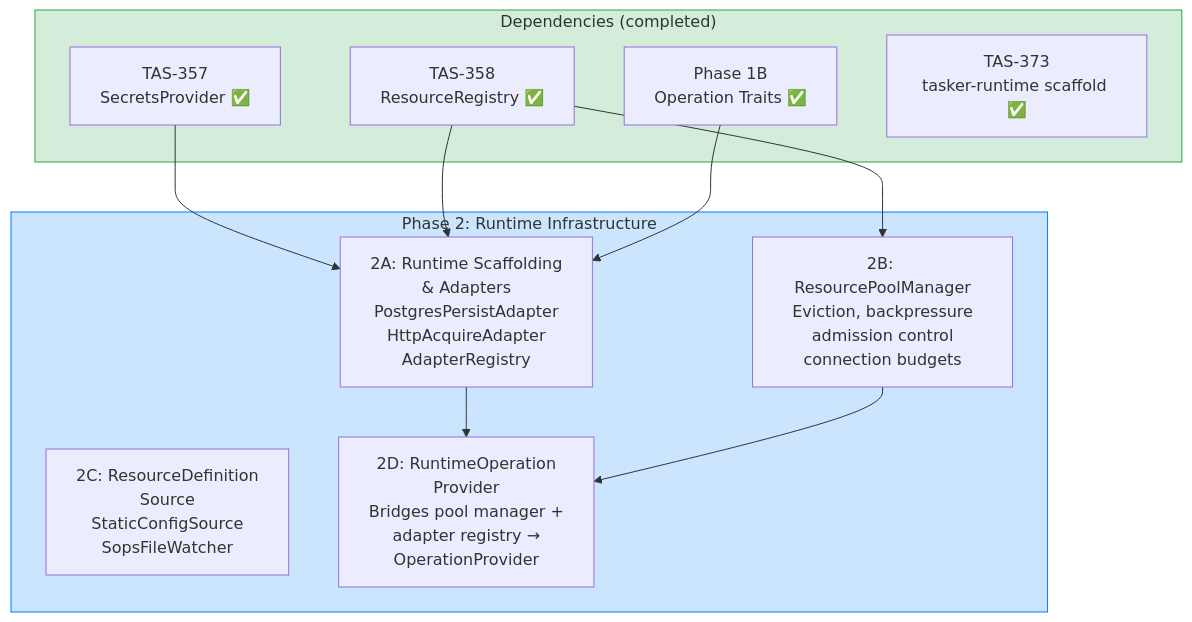
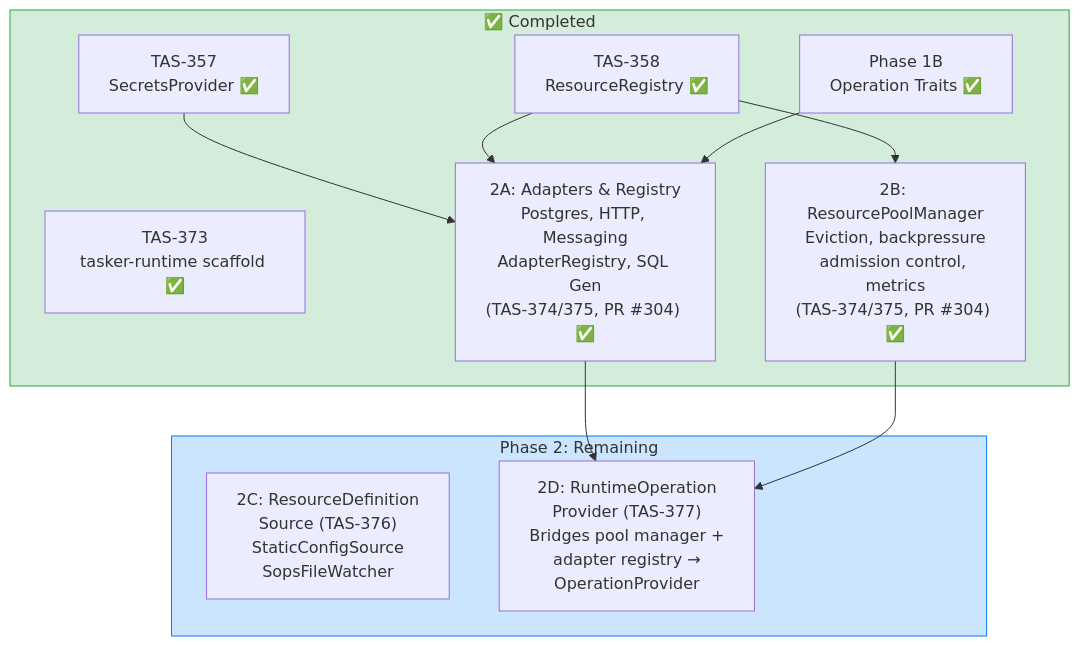
The third of 5 diagrams in docs/composition-architecture/roadmap.md (tasker-systems/tasker-core), drawn with Mermaid before and after one commit. The commit also changed other lines of this file and 2 other files, not shown here.

First line of the commit message:
docs: reconcile composition architecture roadmap for Phase 1 completion and TAS-374/375

````diff
--- a/docs/composition-architecture/roadmap.md
+++ b/docs/composition-architecture/roadmap.md
@@ -250,27 +238,27 @@
 ```mermaid
 flowchart TD
-    subgraph deps["Dependencies (completed)"]
+    subgraph done_2["✅ Completed"]
         S1["TAS-357\nSecretsProvider ✅"]
         S2["TAS-358\nResourceRegistry ✅"]
         P1B["Phase 1B\nOperation Traits ✅"]
         SCF["TAS-373\ntasker-runtime scaffold ✅"]
+        A2["2A: Adapters & Registry\nPostgres, HTTP, Messaging\nAdapterRegistry, SQL Gen\n(TAS-374/375, PR #304) ✅"]
+        B2["2B: ResourcePoolManager\nEviction, backpressure\nadmission control, metrics\n(TAS-374/375, PR #304) ✅"]
     end
 
-    subgraph phase2["Phase 2: Runtime Infrastructure"]
-        A2["2A: Runtime Scaffolding\n& Adapters\nPostgresPersistAdapter\nHttpAcquireAdapter\nAdapterRegistry"]
-        B2["2B: ResourcePoolManager\nEviction, backpressure\nadmission control\nconnection budgets"]
-        C2["2C: ResourceDefinition\nSource\nStaticConfigSource\nSopsFileWatcher"]
-        D2["2D: RuntimeOperation\nProvider\nBridges pool manager +\nadapter registry →\nOperationProvider"]
+    subgraph phase2["Phase 2: Remaining"]
+        C2["2C: ResourceDefinition\nSource (TAS-376)\nStaticConfigSource\nSopsFileWatcher"]
+        D2["2D: RuntimeOperation\nProvider (TAS-377)\nBridges pool manager +\nadapter registry →\nOperationProvider"]
     end
 
     S1 --> A2
     S2 --> A2
     S2 --> B2
     P1B --> A2
 
     A2 --> D2
     B2 --> D2
 
-    style deps fill:#d4edda,stroke:#28a745
+    style done_2 fill:#d4edda,stroke:#28a745
     style phase2 fill:#cce5ff,stroke:#007bff
 ```
````
